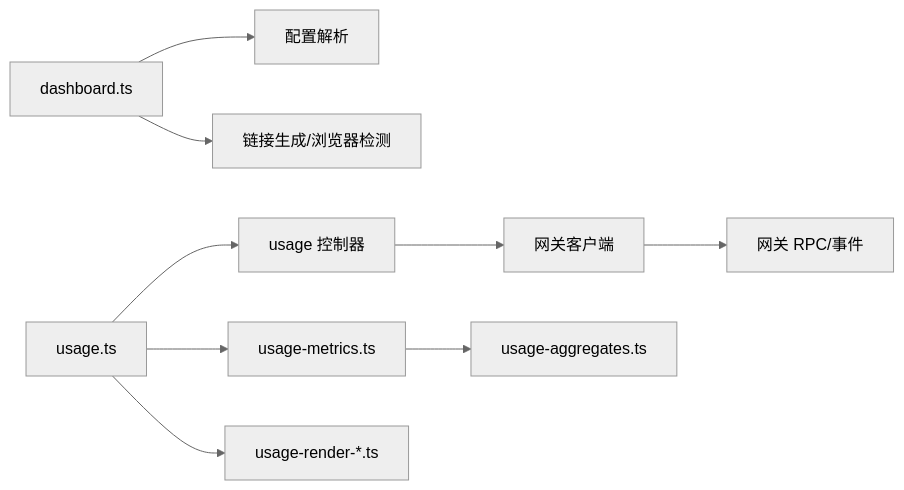
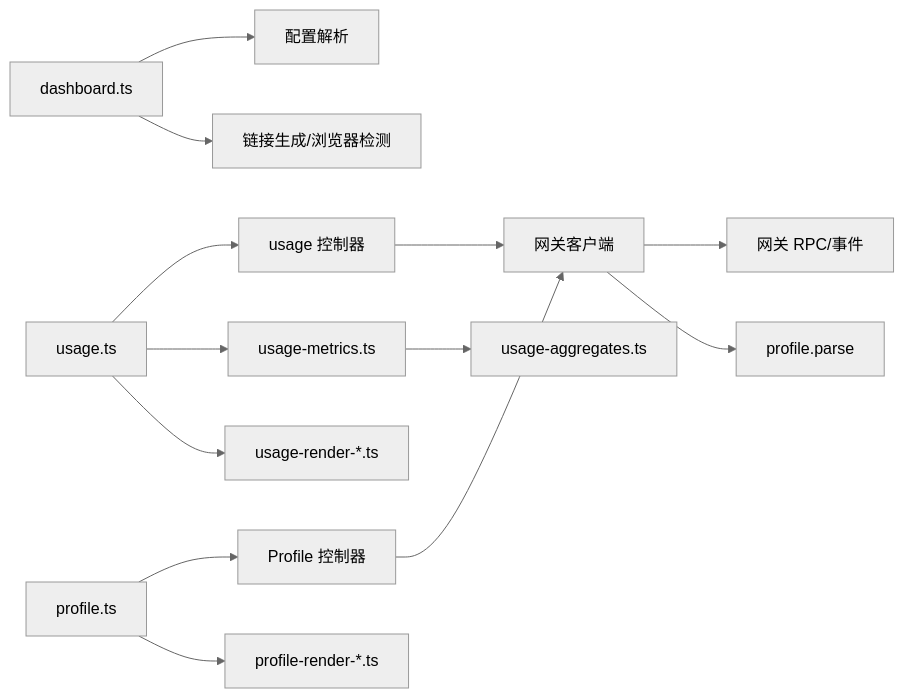
One commit to verse-ai-org/openclaw changed the seventh of 7 diagrams in .qoder/repowiki/zh/content/Web界面/仪表板.md. Above: the diagram before and after it, drawn with Mermaid (neutral theme). The commit also changed other lines of this file and 27 other files, not shown here.

````diff
--- a/.qoder/repowiki/zh/content/Web界面/仪表板.md
+++ b/.qoder/repowiki/zh/content/Web界面/仪表板.md
@@ -282,11 +347,15 @@
 ```mermaid
 graph LR
 CLI["dashboard.ts"] --> CFG["配置解析"]
 CLI --> LINK["链接生成/浏览器检测"]
 UI["usage.ts"] --> CTRL["usage 控制器"]
+PROFILE["profile.ts"] --> PROFILE_CTRL["Profile 控制器"]
 CTRL --> GWCLI["网关客户端"]
+PROFILE_CTRL --> GWCLI
 GWCLI --> GWAPI["网关 RPC/事件"]
+GWCLI --> PROFILE_API["profile.parse"]
 UI --> METRICS["usage-metrics.ts"]
 UI --> RENDER["usage-render-*.ts"]
+PROFILE --> PROFILE_RENDER["profile-render-*.ts"]
 METRICS --> SHARE["usage-aggregates.ts"]
 ```
````
